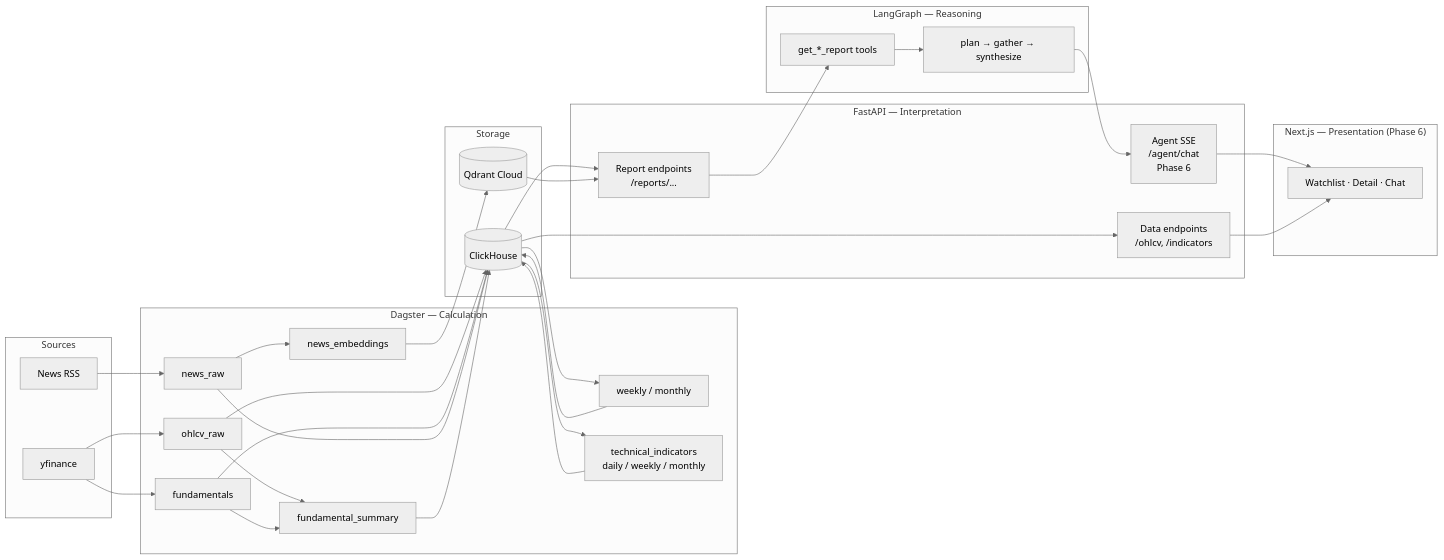
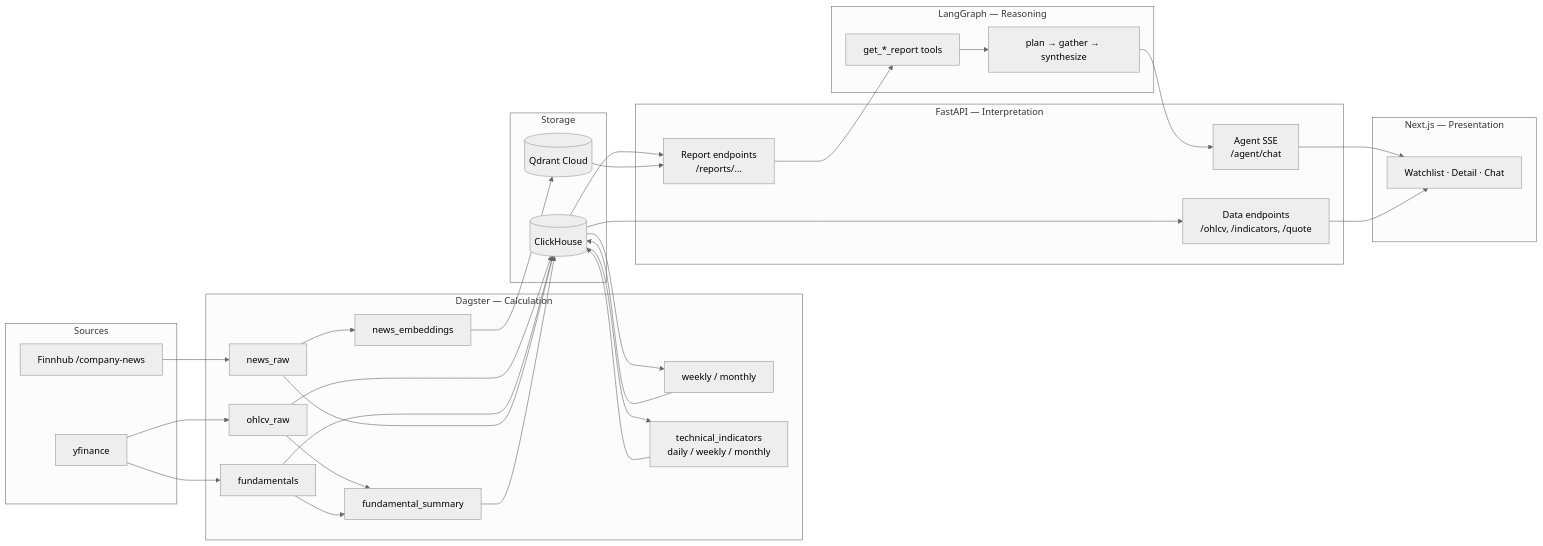
Before and after one commit to noahwins-ng/equity-data-agent: the diagram in README.md, drawn with Mermaid (neutral theme). The commit also changed other lines of this file and 1 other file, not shown here.

````diff
--- a/README.md
+++ b/README.md
@@ -25,53 +63,53 @@
 ```mermaid
 graph LR
     subgraph Sources
         YF[yfinance]
-        NEWS[News RSS]
+        NEWS[Finnhub /company-news]
     end
 
     subgraph "Dagster — Calculation"
         OHLCV[ohlcv_raw]
         FUND[fundamentals]
         AGG[weekly / monthly]
         TECH[technical_indicators<br/>daily / weekly / monthly]
         FSUM[fundamental_summary]
         NRAW[news_raw]
         EMB[news_embeddings]
     end
 
     subgraph Storage
         CH[(ClickHouse)]
         QD[(Qdrant Cloud)]
     end
 
     subgraph "FastAPI — Interpretation"
         REP[Report endpoints<br/>/reports/...]
-        DAT[Data endpoints<br/>/ohlcv, /indicators]
-        SSE[Agent SSE<br/>/agent/chat<br/>Phase 6]
+        DAT[Data endpoints<br/>/ohlcv, /indicators, /quote]
+        SSE[Agent SSE<br/>/agent/chat]
     end
 
     subgraph "LangGraph — Reasoning"
         AGENT[plan → gather → synthesize]
         TOOLS[get_*_report tools]
     end
 
-    subgraph "Next.js — Presentation (Phase 6)"
+    subgraph "Next.js — Presentation"
         FE[Watchlist · Detail · Chat]
     end
 
     YF --> OHLCV --> CH
     YF --> FUND --> CH
     NEWS --> NRAW --> CH
     NRAW --> EMB --> QD
     CH --> AGG --> CH
     CH --> TECH --> CH
     OHLCV --> FSUM
     FUND --> FSUM
     FSUM --> CH
     CH --> REP
     CH --> DAT
     QD --> REP
     REP --> TOOLS --> AGENT
     AGENT --> SSE --> FE
     DAT --> FE
 ```
````
